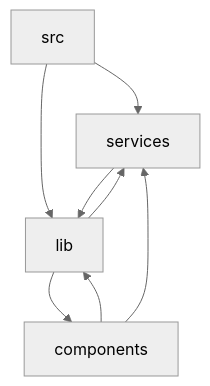
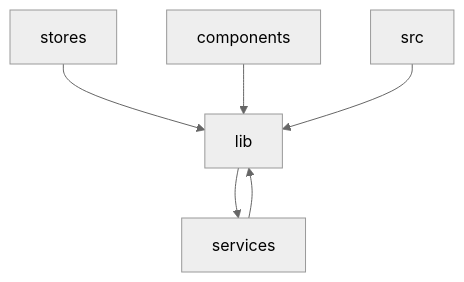
The second of 2 diagrams in .wiki/02-architecture/modules.md (shawicx/scx-terminal), drawn with Mermaid (neutral theme) before and after one commit. The commit also changed other lines of this file and 36 other files, not shown here.

````diff
--- a/.wiki/02-architecture/modules.md
+++ b/.wiki/02-architecture/modules.md
@@ -96,10 +147,8 @@
 ```mermaid
 graph TD
-  src --> services
+  lib --> services
+  services --> lib
+  stores --> lib
+  components --> lib
   src --> lib
-  lib --> services
-  lib --> components
-  services --> lib
-  components --> lib
-  components --> services
 ```
````
